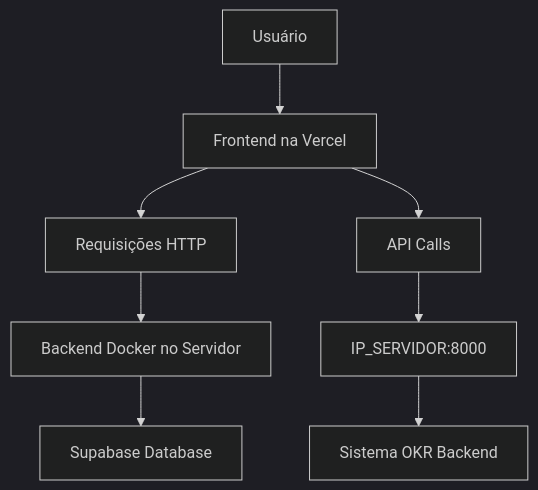
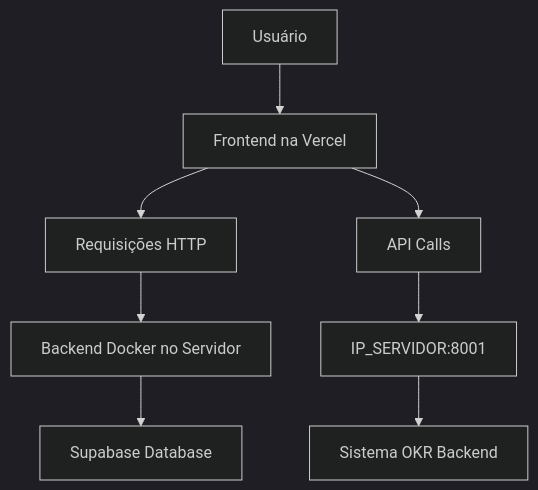
The diagram in backend/DOCKER_DEPLOYMENT_GUIDE.md (andrelaudares/okr-flow), drawn with Mermaid (dark theme) before and after one commit. The commit also changed other lines of this file and 14 other files, not shown here.

````diff
--- a/backend/DOCKER_DEPLOYMENT_GUIDE.md
+++ b/backend/DOCKER_DEPLOYMENT_GUIDE.md
@@ -13,11 +13,11 @@
 ```mermaid
 graph TD
     A[Frontend na Vercel] --> B[Requisições HTTP]
     B --> C[Backend Docker no Servidor]
     C --> D[Supabase Database]
     
     E[Usuário] --> A
     A --> F[API Calls]
-    F --> G[IP_SERVIDOR:8000]
+    F --> G[IP_SERVIDOR:8001]
     G --> H[Sistema OKR Backend]
 ```
````
